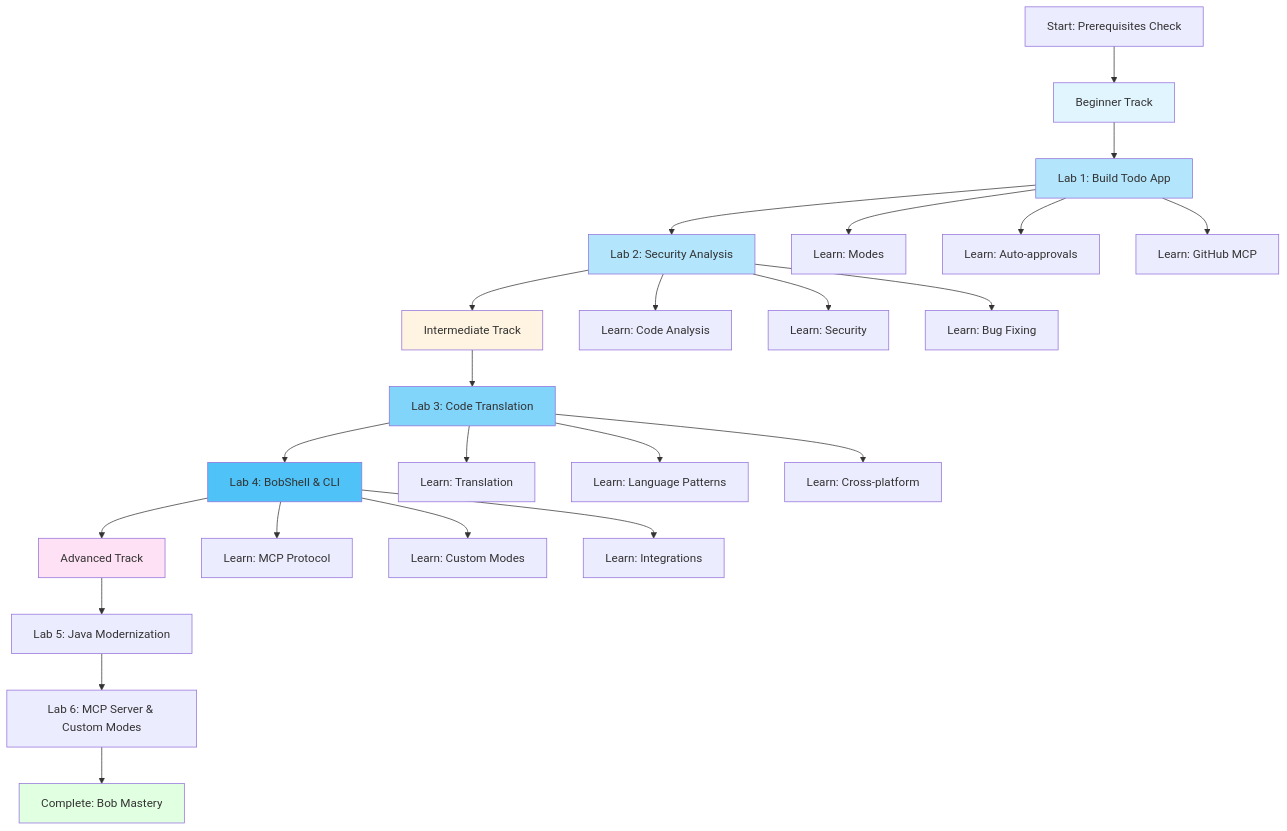
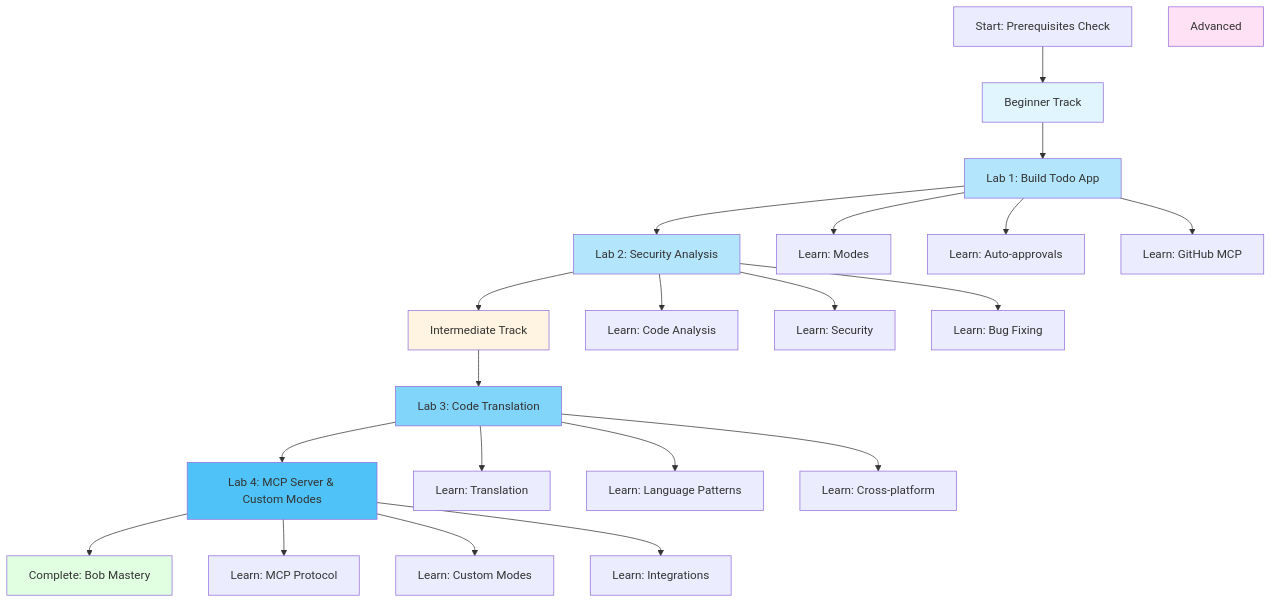
One commit to MEA-Watsonx-bootcamp-IBM/Bob-Client-Bootcamp changed the first of 12 diagrams in LAB_OVERVIEW.md. Above: the diagram before and after it, drawn with Mermaid.

````diff
--- a/LAB_OVERVIEW.md
+++ b/LAB_OVERVIEW.md
@@ -5,41 +5,37 @@
 ```mermaid
 graph TB
     Start[Start: Prerequisites Check] --> Beginner[Beginner Track]
     Beginner --> Lab1[Lab 1: Build Todo App]
     Lab1 --> Lab2[Lab 2: Security Analysis]
     
     Lab2 --> Intermediate[Intermediate Track]
     Intermediate --> Lab3[Lab 3: Code Translation]
-    Lab3 --> Lab4[Lab 4: BobShell & CLI]
+    Lab3 --> Lab4[Lab 4: MCP Server & Custom Modes]
     
-    Lab4 --> Advanced[Advanced Track]
-    Advanced --> Lab5[Lab 5: Java Modernization]
-    Lab5 --> Lab6[Lab 6: MCP Server & Custom Modes]
-    
-    Lab6 --> Complete[Complete: Bob Mastery]
+    Lab4 --> Complete[Complete: Bob Mastery]
     
     Lab1 --> L1A[Learn: Modes]
     Lab1 --> L1B[Learn: Auto-approvals]
     Lab1 --> L1C[Learn: GitHub MCP]
     
     Lab2 --> L2A[Learn: Code Analysis]
     Lab2 --> L2B[Learn: Security]
     Lab2 --> L2C[Learn: Bug Fixing]
     
     Lab3 --> L3A[Learn: Translation]
     Lab3 --> L3B[Learn: Language Patterns]
     Lab3 --> L3C[Learn: Cross-platform]
     
     Lab4 --> L4A[Learn: MCP Protocol]
     Lab4 --> L4B[Learn: Custom Modes]
     Lab4 --> L4C[Learn: Integrations]
     
     style Lab1 fill:#b3e5fc
     style Lab2 fill:#b3e5fc
     style Lab3 fill:#81d4fa
     style Lab4 fill:#4fc3f7
     style Complete fill:#e1ffe1
     style Beginner fill:#e1f5ff
     style Intermediate fill:#fff4e1
     style Advanced fill:#ffe1f5
 ```
````
